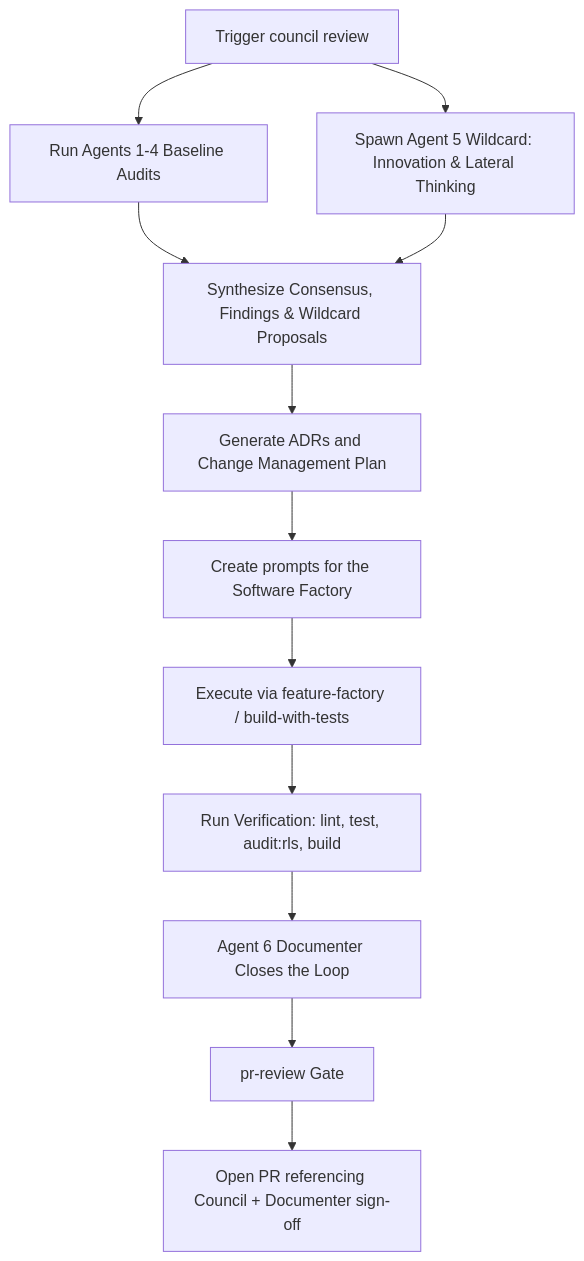
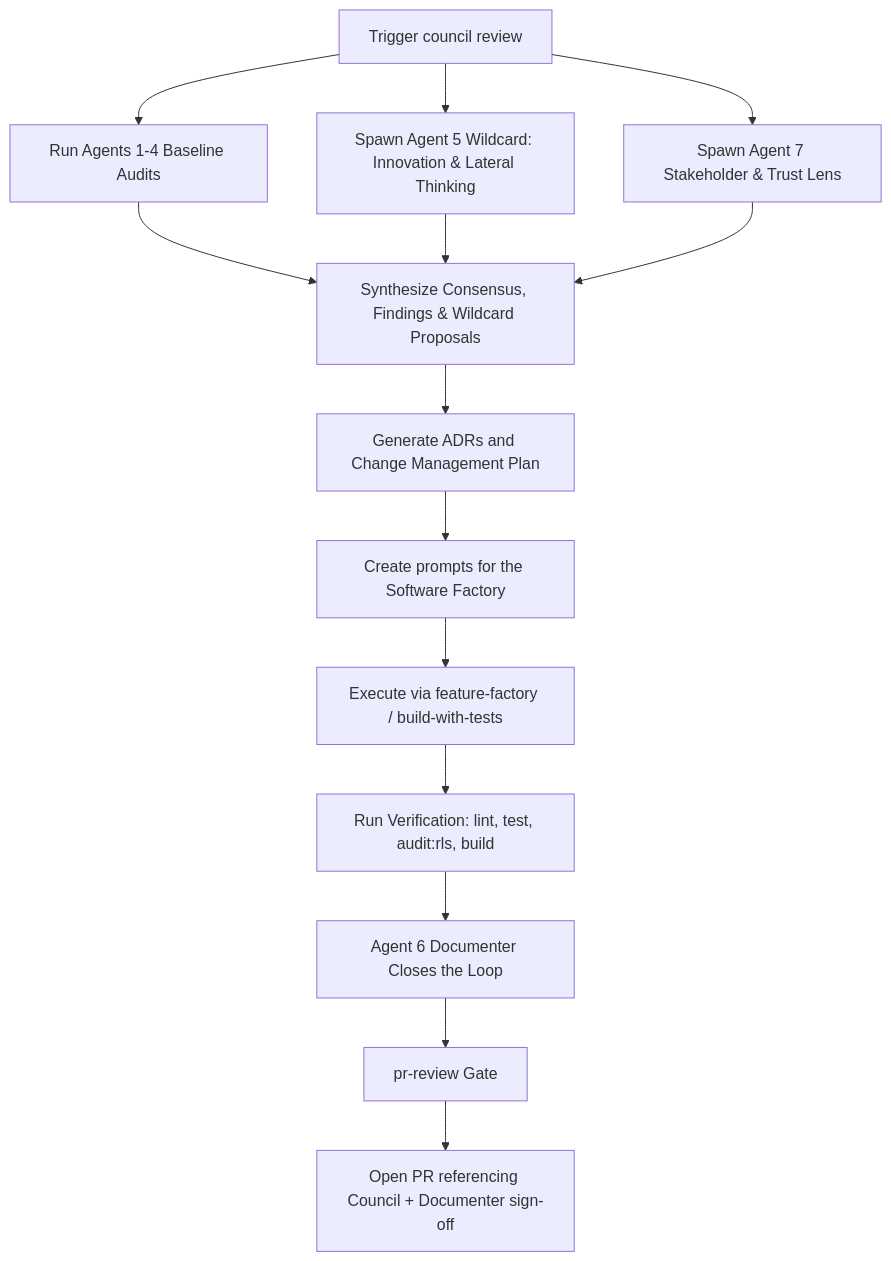
Before and after one commit to ricardojjulia/FaithFullScholars: the diagram in improve-software.md, drawn with Mermaid. The commit also changed other lines of this file and 9 other files, not shown here.

First line of the commit message:
docs(process): domain review personas and Council Agent 7 (Stakeholder & Trust Lens) (#48)

````diff
--- a/improve-software.md
+++ b/improve-software.md
@@ -22,14 +23,16 @@
 ```mermaid
 graph TD
     A[Trigger council review] --> B[Run Agents 1-4 Baseline Audits]
     A --> W[Spawn Agent 5 Wildcard: Innovation & Lateral Thinking]
+    A --> T[Spawn Agent 7 Stakeholder & Trust Lens]
     B --> C[Synthesize Consensus, Findings & Wildcard Proposals]
     W --> C
+    T --> C
     C --> D[Generate ADRs and Change Management Plan]
     D --> E[Create prompts for the Software Factory]
     E --> F[Execute via feature-factory / build-with-tests]
     F --> G[Run Verification: lint, test, audit:rls, build]
     G --> H[Agent 6 Documenter Closes the Loop]
     H --> I[pr-review Gate]
     I --> J[Open PR referencing Council + Documenter sign-off]
 ```
````
